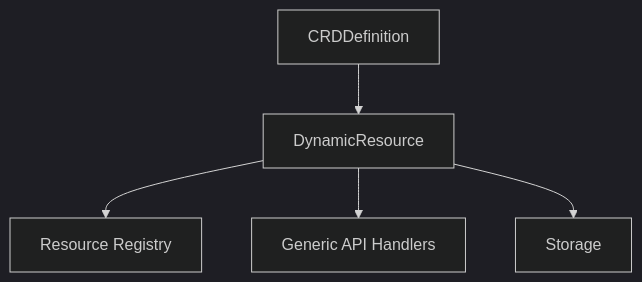
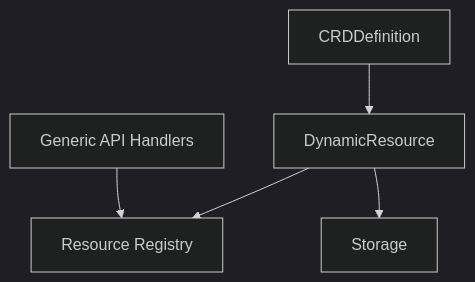
One commit to pergus/api-server changed the sixth of 23 diagrams in BOOK.md. Above: the diagram before and after it, drawn with Mermaid (dark theme). The commit also changed other lines of this file, not shown here.

Commit message:
Fixed Listing/Figure numbering

````diff
--- a/BOOK.md
+++ b/BOOK.md
@@ -4769,7 +4769,13 @@
 ```mermaid
 flowchart TD
-    A[CRDDefinition] --> B[DynamicResource]
-    B --> C[Resource Registry]
-    B --> D[Generic API Handlers]
-    B --> E[Storage]
+    A[CRDDefinition]
+    B[DynamicResource]
+    C[Resource Registry]
+    D[Generic API Handlers]
+    E[Storage]
+
+    A --> B
+    B --> C
+    B --> E
+    D --> C
 ```
````
